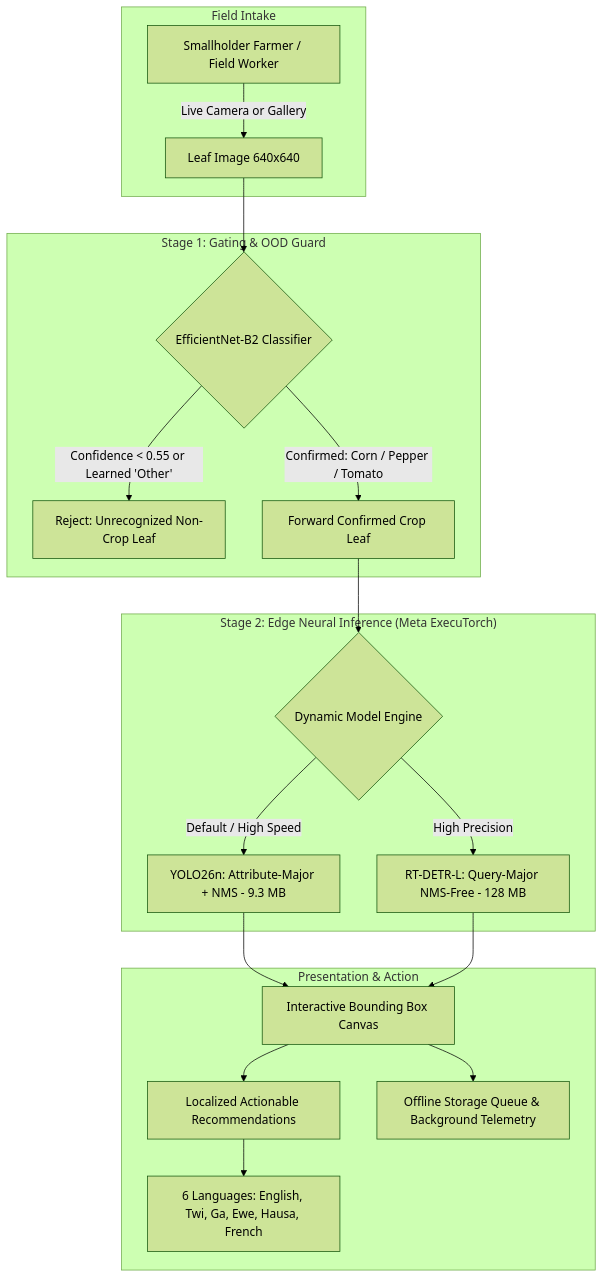
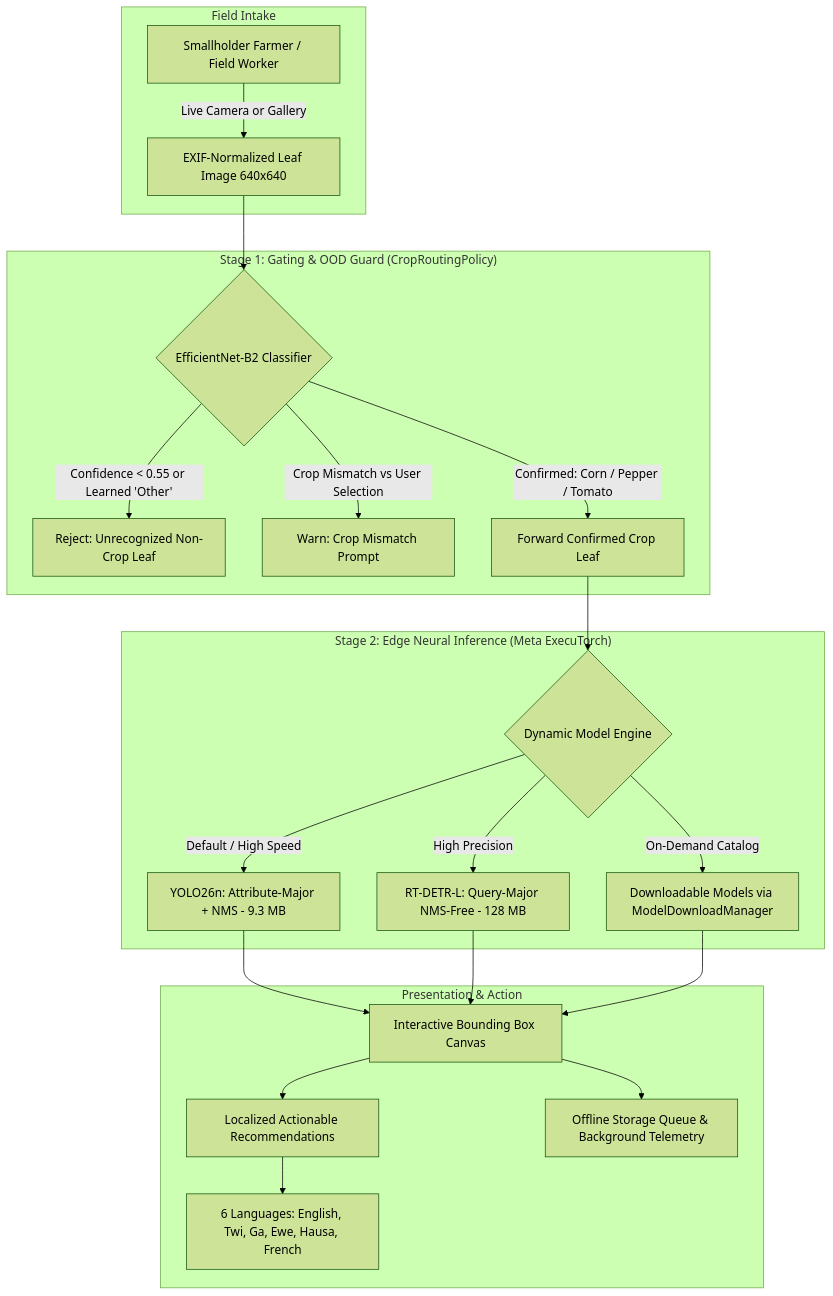
Before and after one commit to nkwabyte/CropDiseaseDetection: the diagram in README.md, drawn with Mermaid (forest theme). The commit also changed other lines of this file, not shown here.

Commit message:
docs: update README to reflect current architecture, versions, and features

````diff
--- a/README.md
+++ b/README.md
@@ -21,25 +21,27 @@
 ```mermaid
 graph TD
     subgraph "Field Intake"
-        A[Smallholder Farmer / Field Worker] -->|Live Camera or Gallery| B[Leaf Image 640x640]
+        A[Smallholder Farmer / Field Worker] -->|Live Camera or Gallery| B[EXIF-Normalized Leaf Image 640x640]
     end
 
-    subgraph "Stage 1: Gating & OOD Guard"
+    subgraph "Stage 1: Gating & OOD Guard (CropRoutingPolicy)"
         B --> C{EfficientNet-B2 Classifier}
         C -- "Confidence < 0.55 or Learned 'Other'" --> D[Reject: Unrecognized Non-Crop Leaf]
+        C -- "Crop Mismatch vs User Selection" --> M[Warn: Crop Mismatch Prompt]
         C -- "Confirmed: Corn / Pepper / Tomato" --> E[Forward Confirmed Crop Leaf]
     end
 
     subgraph "Stage 2: Edge Neural Inference (Meta ExecuTorch)"
         E --> F{Dynamic Model Engine}
         F -->|Default / High Speed| G[YOLO26n: Attribute-Major + NMS - 9.3 MB]
         F -->|High Precision| H[RT-DETR-L: Query-Major NMS-Free - 128 MB]
+        F -->|On-Demand Catalog| N[Downloadable Models via ModelDownloadManager]
     end
 
     subgraph "Presentation & Action"
-        G & H --> I[Interactive Bounding Box Canvas]
+        G & H & N --> I[Interactive Bounding Box Canvas]
         I --> J[Localized Actionable Recommendations]
         J --> K[6 Languages: English, Twi, Ga, Ewe, Hausa, French]
         I --> L[Offline Storage Queue & Background Telemetry]
     end
 ```
````
